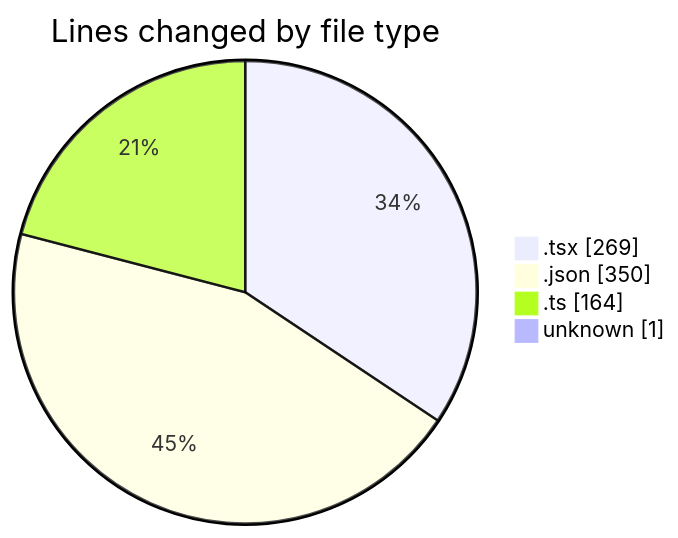
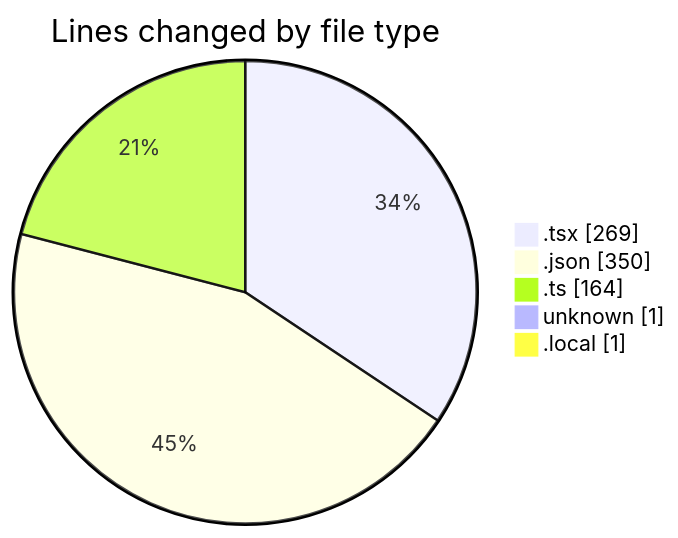
One commit to Elitesun/code-tracking changed the first of 2 diagrams in 2025-04-08/sungpt/README.md. Above: the diagram before and after it, drawn with Mermaid. The commit also changed other lines of this file and 1 other file, not shown here.

````diff
--- a/2025-04-08/sungpt/README.md
+++ b/2025-04-08/sungpt/README.md
@@ -28,8 +29,9 @@
 ```mermaid
 pie showData
 title Lines changed by file type
 ".tsx" : 269
 ".json" : 350
 ".ts" : 164
 "unknown" : 1
+".local" : 1
 ```
````
